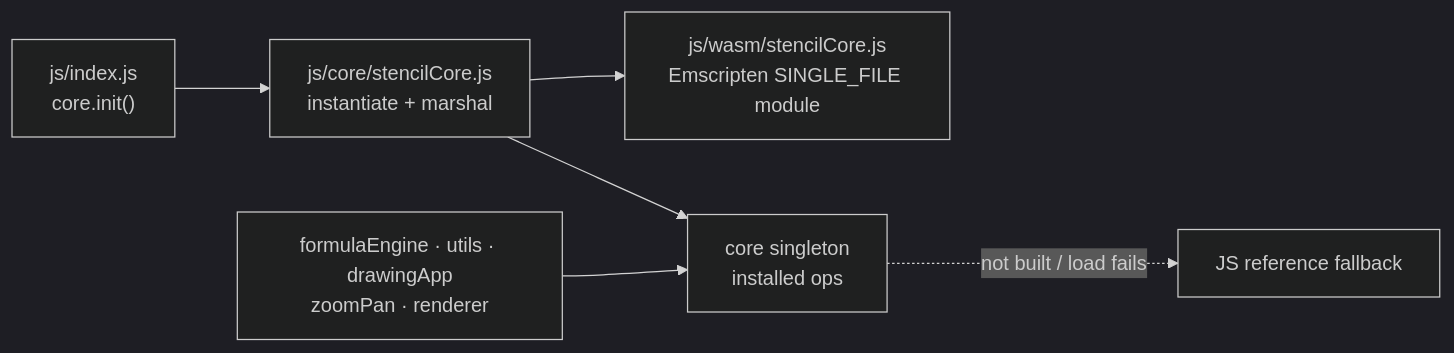
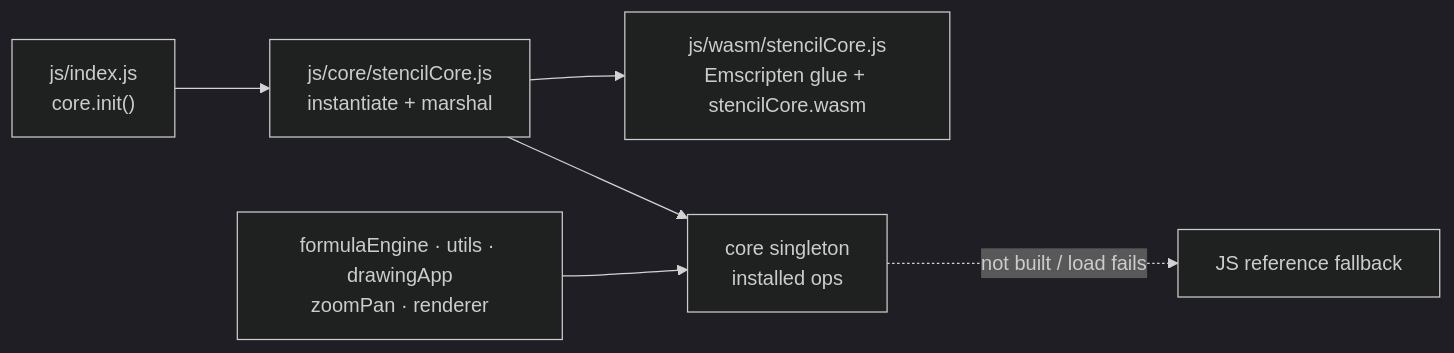
One commit to andrew1407/stencil changed the diagram in core/WASM.md. Above: the diagram before and after it, drawn with Mermaid (dark theme). The commit also changed other lines of this file and 1118 other files, not shown here.

````diff
--- a/core/WASM.md
+++ b/core/WASM.md
@@ -31,8 +33,8 @@
 ```mermaid
 graph LR
     IDX["js/index.js<br/>core.init()"] --> SC["js/core/stencilCore.js<br/>instantiate + marshal"]
-    SC --> WASM["js/wasm/stencilCore.js<br/>Emscripten SINGLE_FILE module"]
+    SC --> WASM["js/wasm/stencilCore.js<br/>Emscripten glue + stencilCore.wasm"]
     SC --> OPS["core singleton<br/>installed ops"]
     CONS["formulaEngine · utils · drawingApp<br/>zoomPan · renderer"] --> OPS
     OPS -.->|"not built / load fails"| JS["JS reference fallback"]
 ```
````
